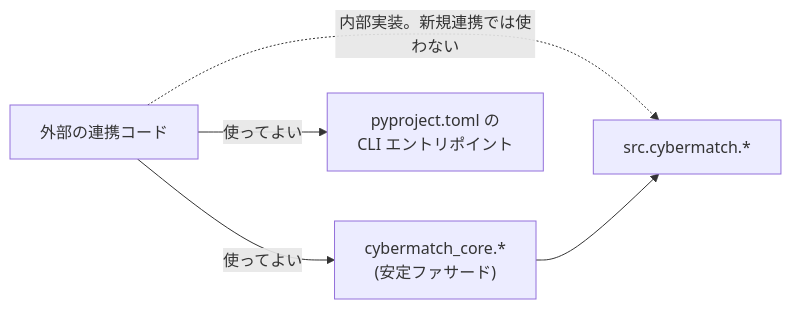
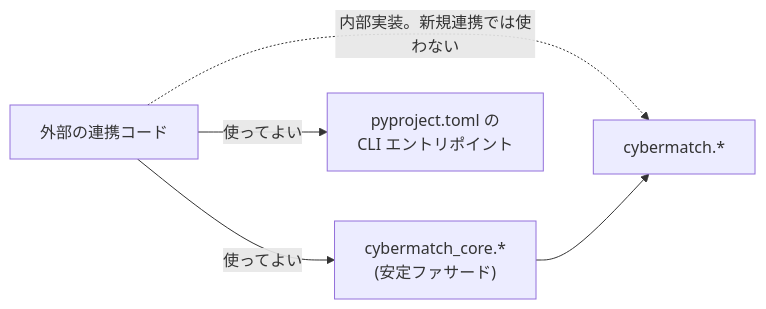
The first of 2 diagrams in docs/06_public_api.md (buildko89/cybermatch-framework), drawn with Mermaid before and after one commit. The commit also changed other lines of this file and 243 other files, not shown here.

First line of the commit message:
refactor!: rename the implementation package from src.cybermatch to cybermatch

````diff
--- a/docs/06_public_api.md
+++ b/docs/06_public_api.md
@@ -5,7 +5,7 @@
 ```mermaid
 flowchart LR
     EXT[外部の連携コード] -->|使ってよい| CORE["cybermatch_core.*<br/>(安定ファサード)"]
     EXT -->|使ってよい| CLI["pyproject.toml の<br/>CLI エントリポイント"]
-    EXT -.->|内部実装。新規連携では使わない| SRC["src.cybermatch.*"]
+    EXT -.->|内部実装。新規連携では使わない| SRC["cybermatch.*"]
     CORE --> SRC
 ```
````
